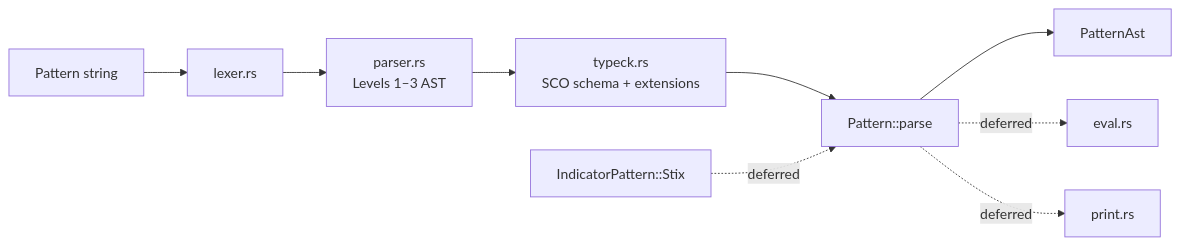
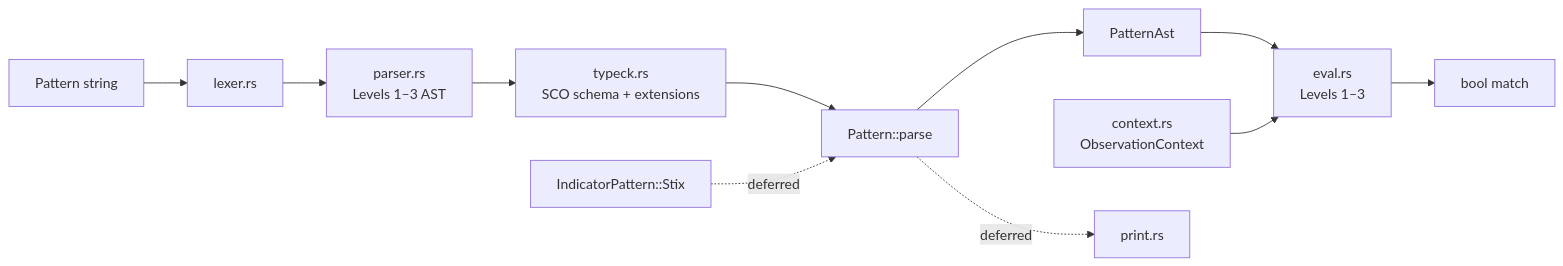
Before and after one commit to SecurityEnthusiast/rsigma: the diagram in crates/rstix/README.md, drawn with Mermaid. The commit also changed other lines of this file and 105 other files, not shown here.

````diff
--- a/crates/rstix/README.md
+++ b/crates/rstix/README.md
@@ -83,12 +83,14 @@
 ```mermaid
 flowchart LR
     SRC["Pattern string"] --> LEX["lexer.rs"]
     LEX --> PAR["parser.rs<br/>Levels 1–3 AST"]
     PAR --> TCK["typeck.rs<br/>SCO schema + extensions"]
     TCK --> PAT["Pattern::parse"]
     PAT --> AST["PatternAst"]
+    AST --> EVAL["eval.rs<br/>Levels 1–3"]
+    CTX["context.rs<br/>ObservationContext"] --> EVAL
+    EVAL --> OUT["bool match"]
 
-    PAT -.->|"deferred"| EVAL["eval.rs"]
     PAT -.->|"deferred"| PRINT["print.rs"]
     IND["IndicatorPattern::Stix"] -.->|"deferred"| PAT
 ```
````
